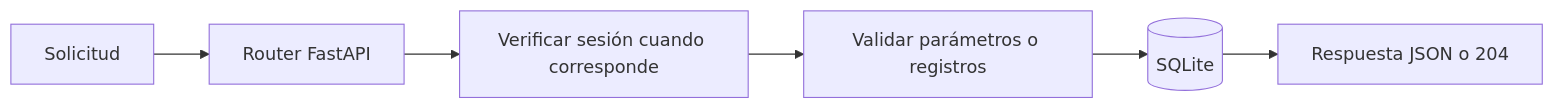
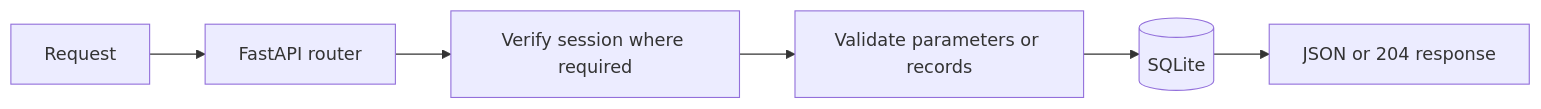
One commit to eir-nasa/Backend changed the third of 3 diagrams in docs/technical/02-architecture.md. Above: the diagram before and after it, drawn with Mermaid. The commit also changed other lines of this file and 10 other files, not shown here.

````diff
--- a/docs/technical/02-architecture.md
+++ b/docs/technical/02-architecture.md
@@ -45,8 +45,8 @@
 ```mermaid
 flowchart LR
-  REQ[Solicitud] --> ROUTER[Router FastAPI]
-  ROUTER --> AUTH[Verificar sesión cuando corresponde]
-  AUTH --> VAL[Validar parámetros o registros]
+  REQ[Request] --> ROUTER[FastAPI router]
+  ROUTER --> AUTH[Verify session where required]
+  AUTH --> VAL[Validate parameters or records]
   VAL --> SQL[(SQLite)]
-  SQL --> RESP[Respuesta JSON o 204]
+  SQL --> RESP[JSON or 204 response]
 ```
````
